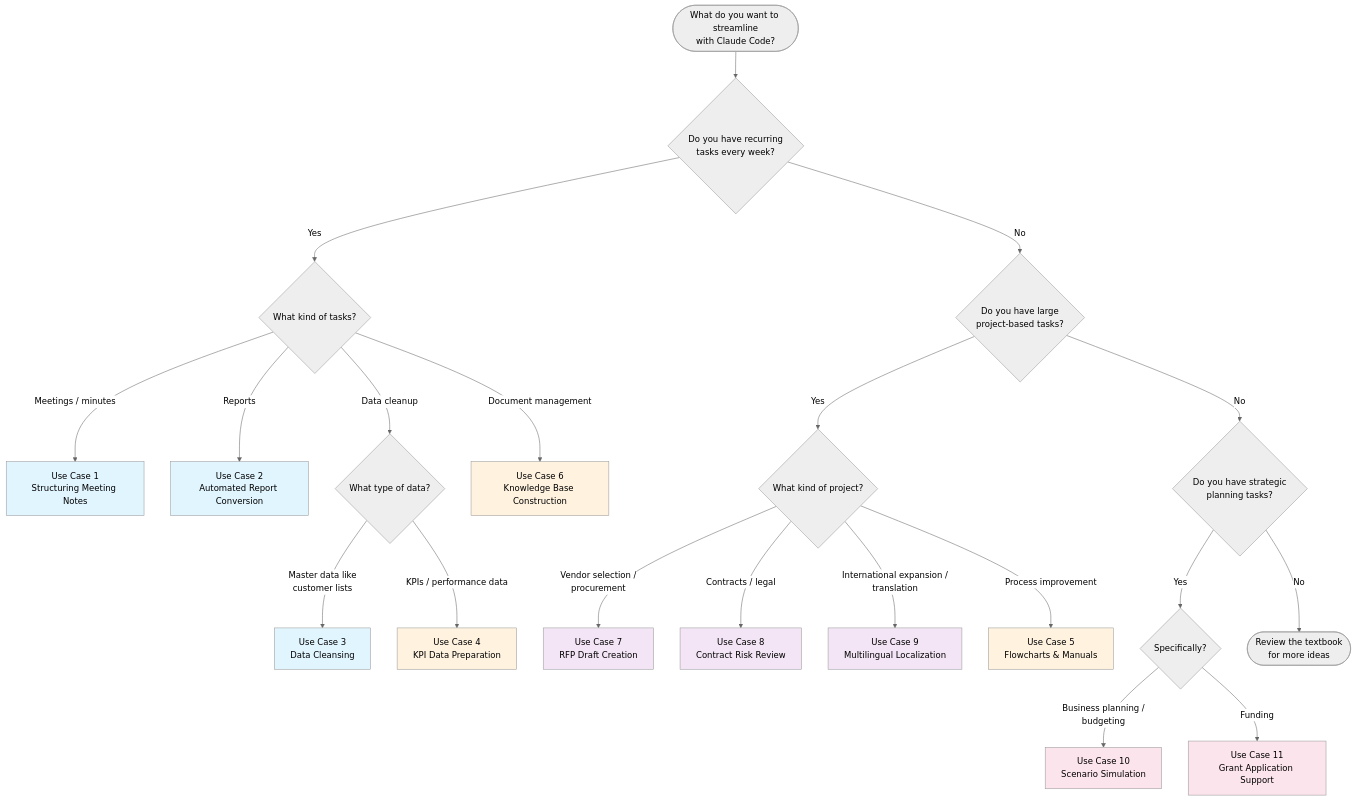
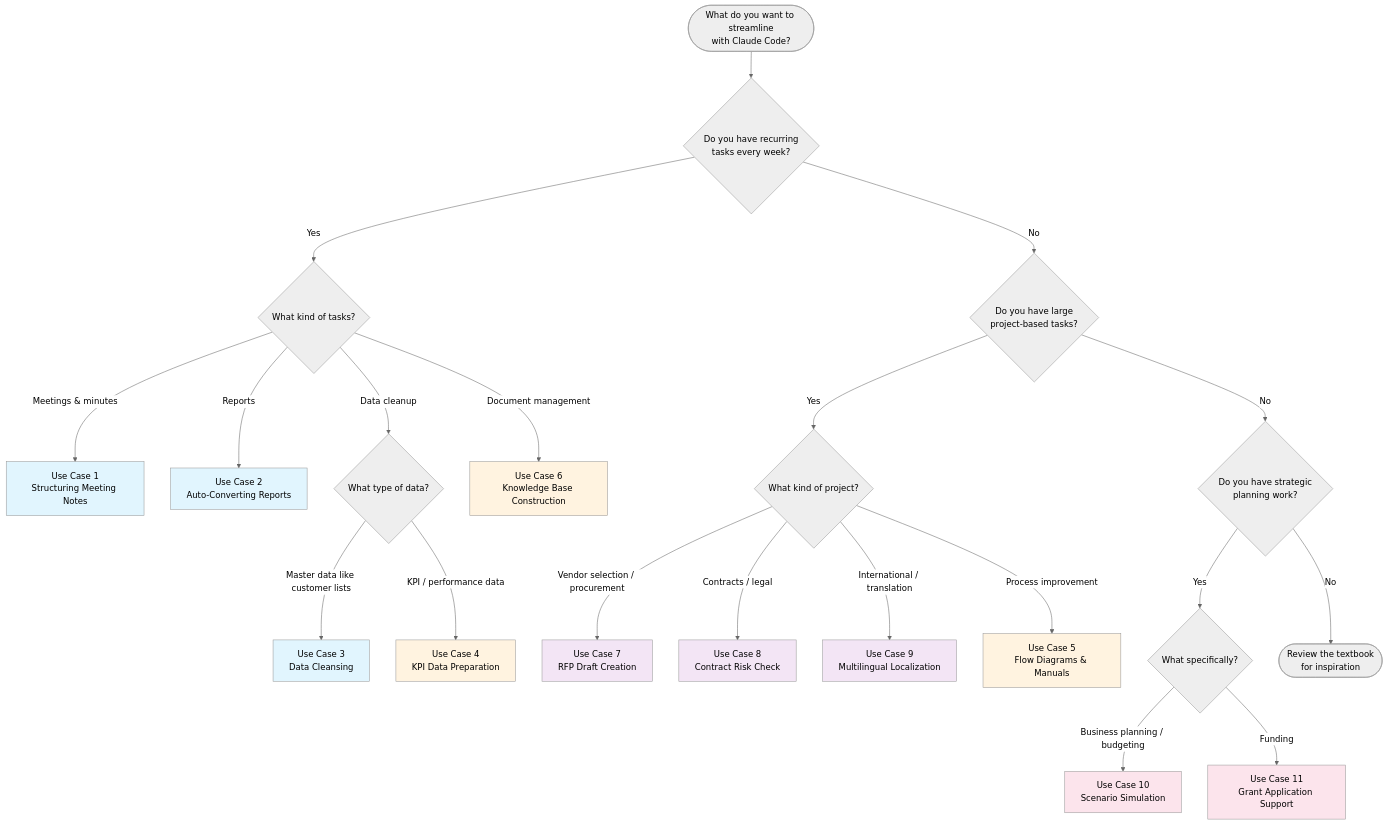
One commit to baccatore/ai-agent-learning-content changed the diagram in en/self-study/03-advanced-use-cases/reference.md. Above: the diagram before and after it, drawn with Mermaid (neutral theme). The commit also changed other lines of this file and 44 other files, not shown here.

````diff
--- a/en/self-study/03-advanced-use-cases/reference.md
+++ b/en/self-study/03-advanced-use-cases/reference.md
@@ -367,41 +373,41 @@
 ```mermaid
 flowchart TD
     Start([What do you want to streamline<br/>with Claude Code?]) --> Q1{Do you have recurring<br/>tasks every week?}
 
     Q1 -->|Yes| Q2{What kind of tasks?}
     Q1 -->|No| Q5{Do you have large<br/>project-based tasks?}
 
-    Q2 -->|Meetings / minutes| UC1[Use Case 1<br/>Structuring Meeting Notes]
-    Q2 -->|Reports| UC2[Use Case 2<br/>Automated Report Conversion]
+    Q2 -->|Meetings & minutes| UC1[Use Case 1<br/>Structuring Meeting Notes]
+    Q2 -->|Reports| UC2[Use Case 2<br/>Auto-Converting Reports]
     Q2 -->|Data cleanup| Q3{What type of data?}
     Q2 -->|Document management| UC6[Use Case 6<br/>Knowledge Base Construction]
 
-    Q3 -->|Master data like<br/>customer lists| UC3[Use Case 3<br/>Data Cleansing]
-    Q3 -->|KPIs / performance data| UC4[Use Case 4<br/>KPI Data Preparation]
+    Q3 -->|Master data like customer lists| UC3[Use Case 3<br/>Data Cleansing]
+    Q3 -->|KPI / performance data| UC4[Use Case 4<br/>KPI Data Preparation]
 
     Q5 -->|Yes| Q6{What kind of project?}
-    Q5 -->|No| Q7{Do you have strategic<br/>planning tasks?}
+    Q5 -->|No| Q7{Do you have strategic<br/>planning work?}
 
-    Q6 -->|Vendor selection /<br/>procurement| UC7[Use Case 7<br/>RFP Draft Creation]
-    Q6 -->|Contracts / legal| UC8[Use Case 8<br/>Contract Risk Review]
-    Q6 -->|International expansion /<br/>translation| UC9[Use Case 9<br/>Multilingual Localization]
-    Q6 -->|Process improvement| UC5[Use Case 5<br/>Flowcharts & Manuals]
+    Q6 -->|Vendor selection / procurement| UC7[Use Case 7<br/>RFP Draft Creation]
+    Q6 -->|Contracts / legal| UC8[Use Case 8<br/>Contract Risk Check]
+    Q6 -->|International / translation| UC9[Use Case 9<br/>Multilingual Localization]
+    Q6 -->|Process improvement| UC5[Use Case 5<br/>Flow Diagrams & Manuals]
 
-    Q7 -->|Yes| Q8{Specifically?}
-    Q7 -->|No| Restart([Review the textbook<br/>for more ideas])
+    Q7 -->|Yes| Q8{What specifically?}
+    Q7 -->|No| Restart([Review the textbook<br/>for inspiration])
 
-    Q8 -->|Business planning /<br/>budgeting| UC10[Use Case 10<br/>Scenario Simulation]
+    Q8 -->|Business planning / budgeting| UC10[Use Case 10<br/>Scenario Simulation]
     Q8 -->|Funding| UC11[Use Case 11<br/>Grant Application Support]
 
     style UC1 fill:#e1f5fe
     style UC2 fill:#e1f5fe
     style UC3 fill:#e1f5fe
     style UC4 fill:#fff3e0
     style UC5 fill:#fff3e0
     style UC6 fill:#fff3e0
     style UC7 fill:#f3e5f5
     style UC8 fill:#f3e5f5
     style UC9 fill:#f3e5f5
     style UC10 fill:#fce4ec
     style UC11 fill:#fce4ec
 ```
````
